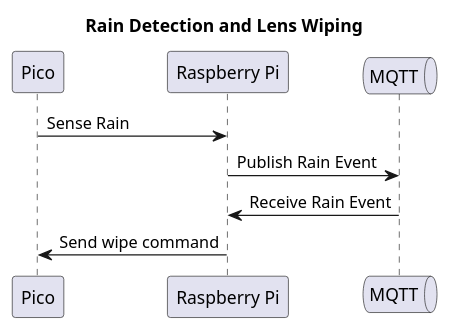
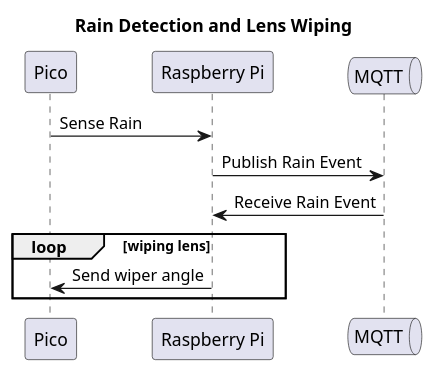
Before and after one commit to AlexanderNorup/emli-wildlife-project: the diagram in diagrams/PicoRainDetect.wsd, drawn with PlantUML.

Commit message:
Add loop to rain detection diagram

```diff
--- a/diagrams/PicoRainDetect.wsd
+++ b/diagrams/PicoRainDetect.wsd
@@ -1,15 +1,17 @@
 @startuml Rain Detection and Lens Wiping
 
 
 title "Rain Detection and Lens Wiping"
 
 participant Pico
 participant "Raspberry Pi" as RPi
 queue MQTT
 
 Pico -> RPi : Sense Rain
 RPi -> MQTT : Publish Rain Event 
 MQTT -> RPi : Receive Rain Event
-RPi -> Pico : Send wipe command
+loop wiping lens
+  RPi -> Pico : Send wiper angle
+end
 
 @enduml
```
